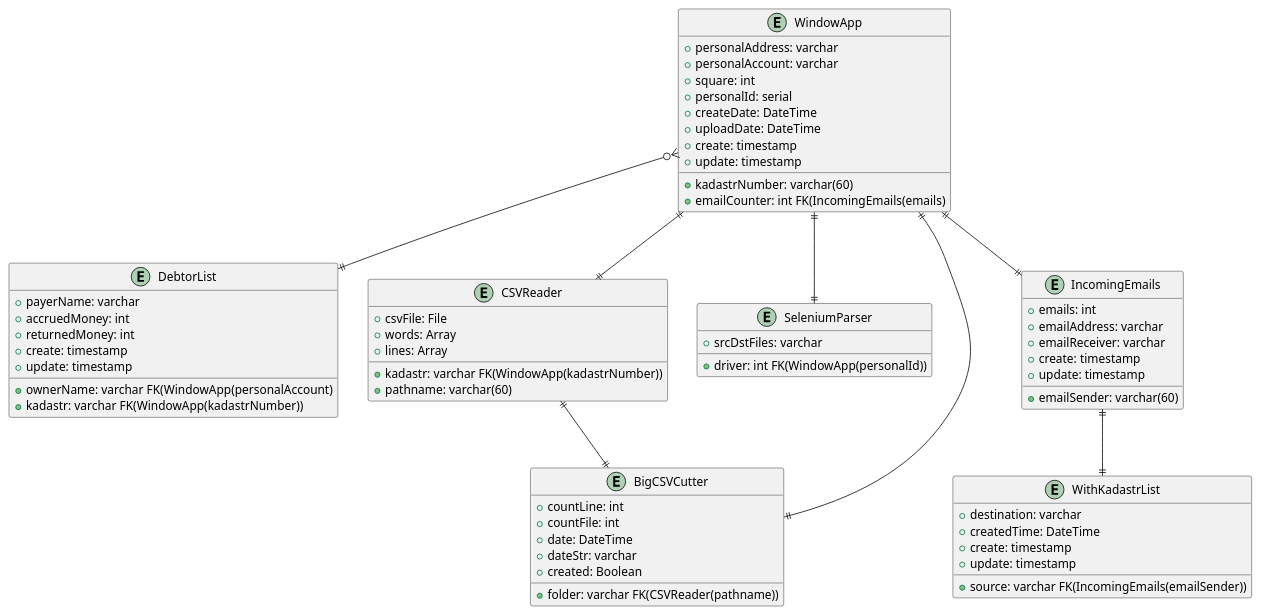
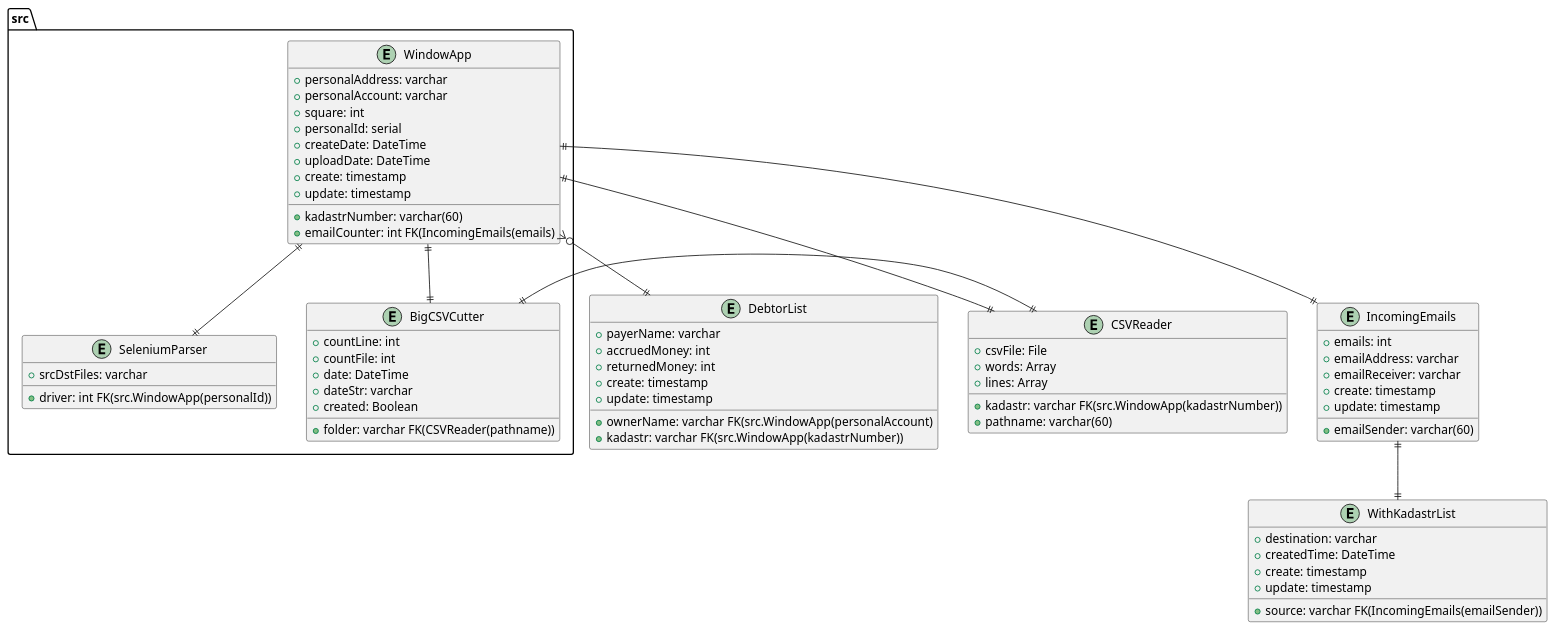
Before and after one commit to ValDuo/MultiParser: the diagram in uml/БД.puml, drawn with PlantUML. The commit also changed 5 other files, not shown here.

```diff
--- a/uml/БД.puml
+++ b/uml/БД.puml
@@ -1,67 +1,67 @@
 @startuml
 
-entity WindowApp {
+entity src.WindowApp {
     + kadastrNumber: varchar(60)
     + personalAddress: varchar
     + personalAccount: varchar
     + square: int
     + emailCounter: int FK(IncomingEmails(emails)
     + personalId: serial
     + createDate: DateTime
     + uploadDate: DateTime
     + create: timestamp
     + update: timestamp
 }
 entity DebtorList{
-    + ownerName: varchar FK(WindowApp(personalAccount)
+    + ownerName: varchar FK(src.WindowApp(personalAccount)
     + payerName: varchar
     + accruedMoney: int
     + returnedMoney: int
     + create: timestamp
     + update: timestamp
-    + kadastr: varchar FK(WindowApp(kadastrNumber))
+    + kadastr: varchar FK(src.WindowApp(kadastrNumber))
 
 }
 entity CSVReader{
-+ kadastr: varchar FK(WindowApp(kadastrNumber))
++ kadastr: varchar FK(src.WindowApp(kadastrNumber))
     + pathname: varchar(60)
     + csvFile: File
     + words: Array
     + lines: Array
 }
-entity SeleniumParser{
-   + driver: int FK(WindowApp(personalId))
+entity src.SeleniumParser{
+   + driver: int FK(src.WindowApp(personalId))
    + srcDstFiles: varchar
 }
 entity IncomingEmails{
     + emails: int
     +  emailAddress: varchar
     +  emailSender: varchar(60)
     +  emailReceiver: varchar
     + create: timestamp
     + update: timestamp
 }
-entity BigCSVCutter{
+entity src.BigCSVCutter{
    +  countLine: int
    +  countFile: int
    +  date: DateTime
    +  dateStr: varchar
    +  folder: varchar FK(CSVReader(pathname))
    +  created: Boolean
 }
 entity WithKadastrList{
    +  source: varchar FK(IncomingEmails(emailSender))
    + destination: varchar
     +  createdTime: DateTime
     + create: timestamp
     + update: timestamp
 }
 
-WindowApp ||--|| SeleniumParser
-WindowApp ||--|| CSVReader
-WindowApp }o--|| DebtorList
-WindowApp ||--|| IncomingEmails
-WindowApp ||--|| BigCSVCutter
-CSVReader ||--|| BigCSVCutter
+src.WindowApp ||--|| src.SeleniumParser
+src.WindowApp ||--|| CSVReader
+src.WindowApp }o--|| DebtorList
+src.WindowApp ||--|| IncomingEmails
+src.WindowApp ||--|| src.BigCSVCutter
+CSVReader ||--|| src.BigCSVCutter
 IncomingEmails ||--|| WithKadastrList
 @enduml
```
